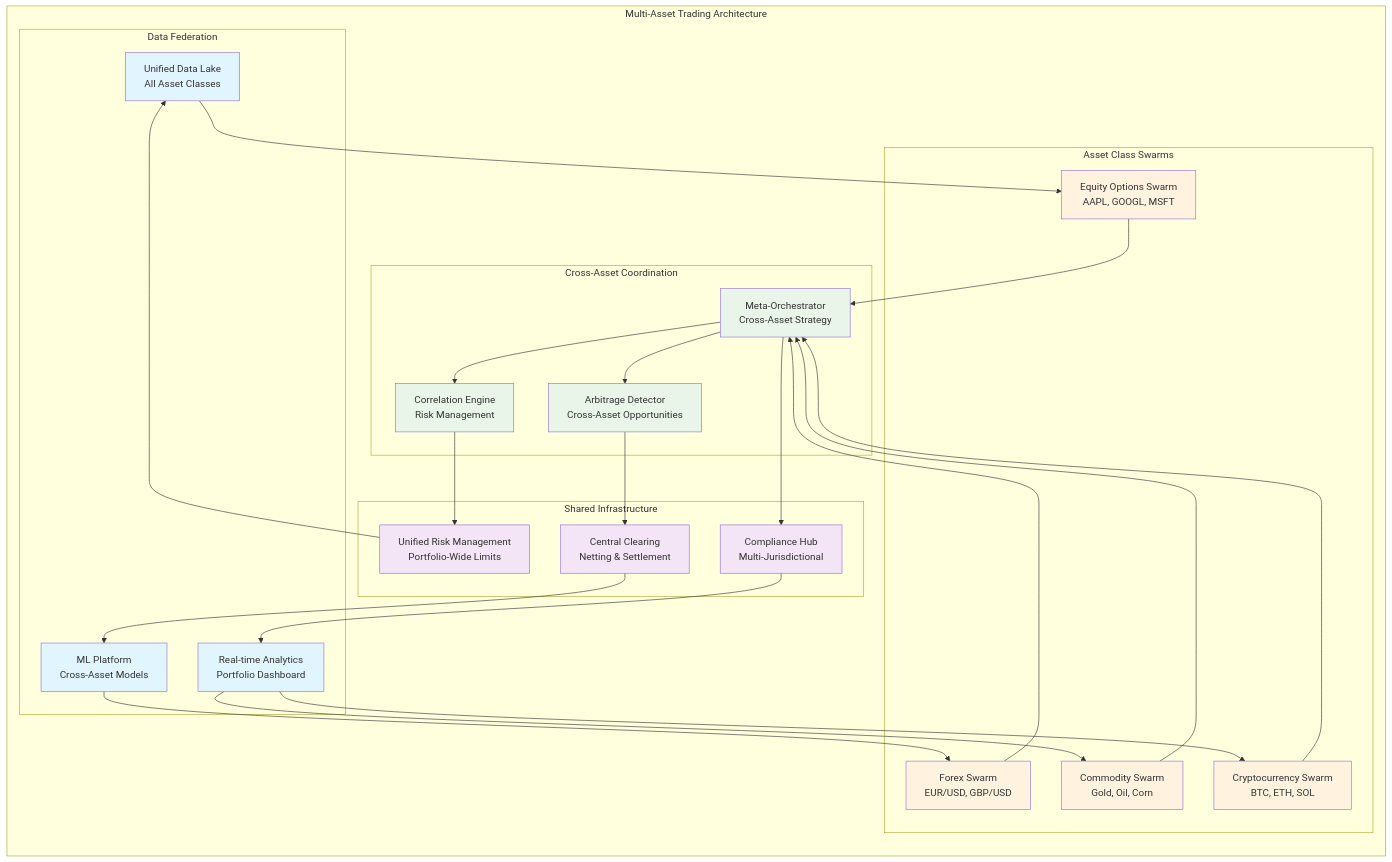
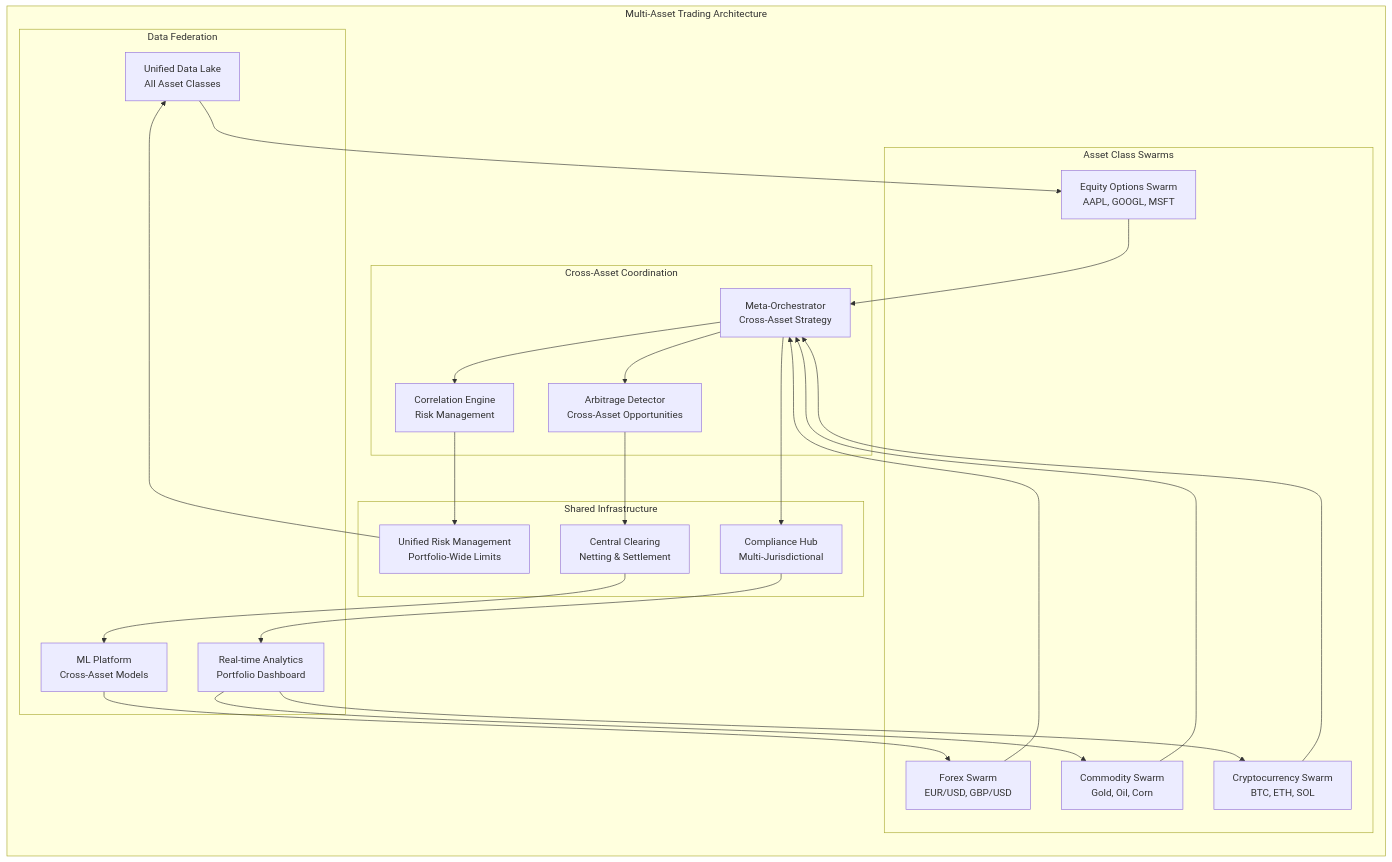
One commit to petewilburn/Python-Programs-for-Fun-and-Education changed the seventh of 12 diagrams in src/Python_Programs/Hierarchical_Swarm_Enterprise_Architecture.md. Above: the diagram before and after it, drawn with Mermaid. The commit also changed other lines of this file and 3 other files, not shown here.

Commit message:
Remove all Mermaid styling for better dark mode compatibility

````diff
--- a/src/Python_Programs/Hierarchical_Swarm_Enterprise_Architecture.md
+++ b/src/Python_Programs/Hierarchical_Swarm_Enterprise_Architecture.md
@@ -589,66 +526,57 @@
 ```mermaid
 graph LR
     subgraph "Multi-Asset Trading Architecture"
         subgraph "Asset Class Swarms"
             EquitySwarm[Equity Options Swarm<br/>AAPL, GOOGL, MSFT]
             ForexSwarm[Forex Swarm<br/>EUR/USD, GBP/USD]
             CommoditySwarm[Commodity Swarm<br/>Gold, Oil, Corn]
             CryptoSwarm[Cryptocurrency Swarm<br/>BTC, ETH, SOL]
         end
         
         subgraph "Cross-Asset Coordination"
             MetaOrchestrator[Meta-Orchestrator<br/>Cross-Asset Strategy]
             CorrelationEngine[Correlation Engine<br/>Risk Management]
             ArbitrageDetector[Arbitrage Detector<br/>Cross-Asset Opportunities]
         end
         
         subgraph "Shared Infrastructure"
             UnifiedRisk[Unified Risk Management<br/>Portfolio-Wide Limits]
             CentralClearing[Central Clearing<br/>Netting & Settlement]
             ComplianceHub[Compliance Hub<br/>Multi-Jurisdictional]
         end
         
         subgraph "Data Federation"
             DataLake[Unified Data Lake<br/>All Asset Classes]
             MLPlatform[ML Platform<br/>Cross-Asset Models]
             RealtimeAnalytics[Real-time Analytics<br/>Portfolio Dashboard]
         end
     end
     
     %% Swarm to meta-orchestrator
     EquitySwarm --> MetaOrchestrator
     ForexSwarm --> MetaOrchestrator
     CommoditySwarm --> MetaOrchestrator
     CryptoSwarm --> MetaOrchestrator
     
     %% Meta-orchestrator to coordination
     MetaOrchestrator --> CorrelationEngine
     MetaOrchestrator --> ArbitrageDetector
     
     %% Coordination to infrastructure
     CorrelationEngine --> UnifiedRisk
     ArbitrageDetector --> CentralClearing
     MetaOrchestrator --> ComplianceHub
     
     %% Infrastructure to data
     UnifiedRisk --> DataLake
     CentralClearing --> MLPlatform
     ComplianceHub --> RealtimeAnalytics
     
     %% Data feedback to swarms
     DataLake --> EquitySwarm
     MLPlatform --> ForexSwarm
     RealtimeAnalytics --> CommoditySwarm
     RealtimeAnalytics --> CryptoSwarm
     
     %% Styling
-    classDef swarm fill:#fff3e0
-    classDef coordination fill:#e8f5e8
-    classDef infrastructure fill:#f3e5f5
-    classDef data fill:#e1f5fe
-    
-    class EquitySwarm,ForexSwarm,CommoditySwarm,CryptoSwarm swarm
-    class MetaOrchestrator,CorrelationEngine,ArbitrageDetector coordination
-    class UnifiedRisk,CentralClearing,ComplianceHub infrastructure
-    class DataLake,MLPlatform,RealtimeAnalytics data
 ```
````
